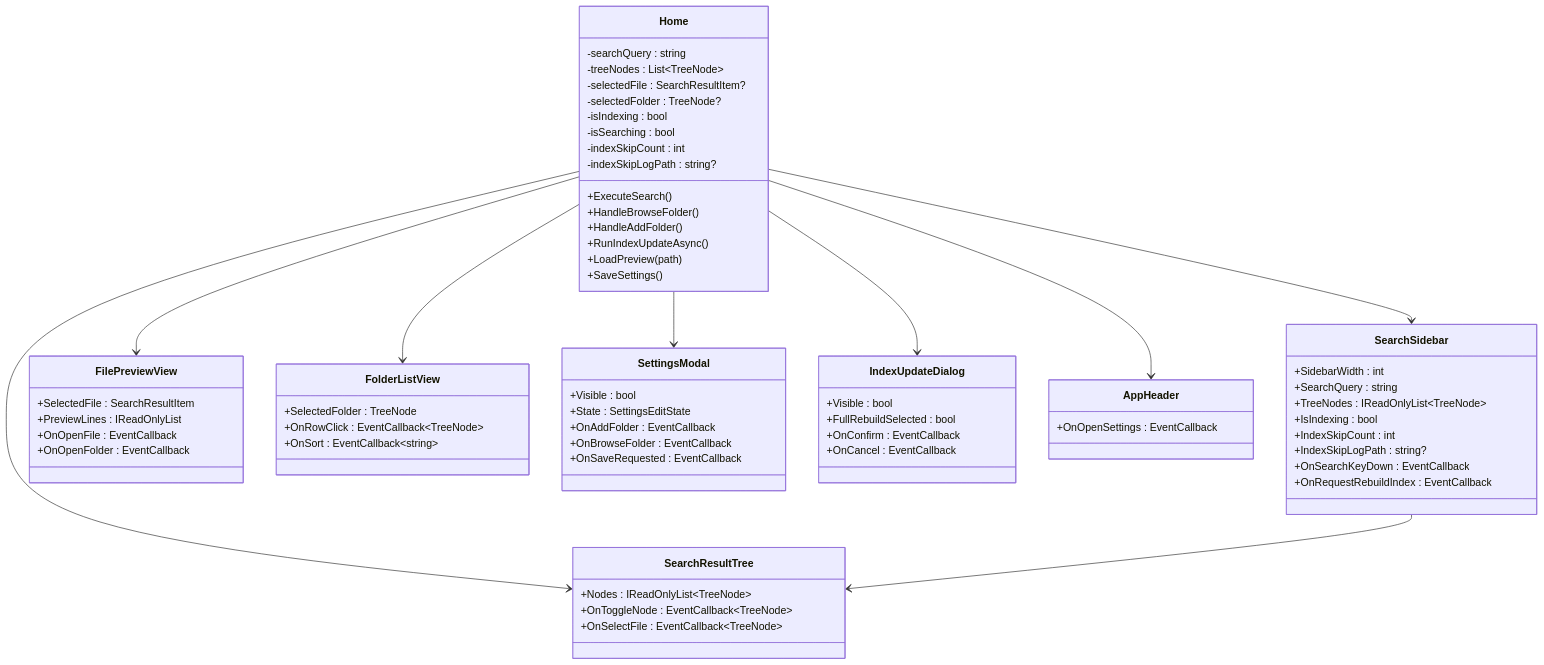
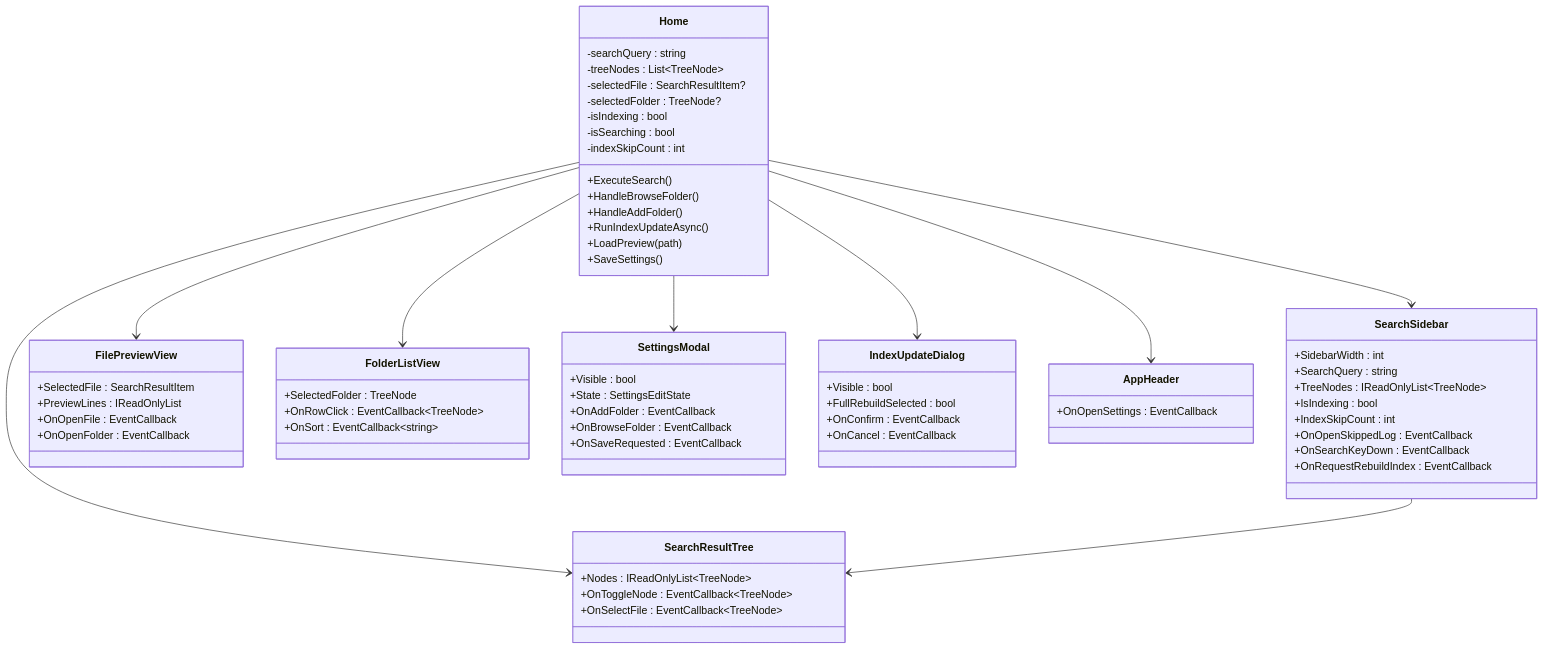
The fifth of 15 diagrams in docs/UML図.md (zndmonya-dot/FileSearchApp-), drawn with Mermaid before and after one commit. The commit also changed other lines of this file and 64 other files, not shown here.

````diff
--- a/docs/UML図.md
+++ b/docs/UML図.md
@@ -345,79 +342,78 @@
 ```mermaid
 classDiagram
     direction TB
 
     class Home {
         -searchQuery : string
         -treeNodes : List~TreeNode~
         -selectedFile : SearchResultItem?
         -selectedFolder : TreeNode?
         -isIndexing : bool
         -isSearching : bool
         -indexSkipCount : int
-        -indexSkipLogPath : string?
         +ExecuteSearch()
         +HandleBrowseFolder()
         +HandleAddFolder()
         +RunIndexUpdateAsync()
         +LoadPreview(path)
         +SaveSettings()
     }
 
     class SearchSidebar {
         +SidebarWidth : int
         +SearchQuery : string
         +TreeNodes : IReadOnlyList~TreeNode~
         +IsIndexing : bool
         +IndexSkipCount : int
-    +IndexSkipLogPath : string?
+        +OnOpenSkippedLog : EventCallback
         +OnSearchKeyDown : EventCallback
         +OnRequestRebuildIndex : EventCallback
     }
 
     class SearchResultTree {
         +Nodes : IReadOnlyList~TreeNode~
         +OnToggleNode : EventCallback~TreeNode~
         +OnSelectFile : EventCallback~TreeNode~
     }
 
     class FilePreviewView {
         +SelectedFile : SearchResultItem
         +PreviewLines : IReadOnlyList
         +OnOpenFile : EventCallback
         +OnOpenFolder : EventCallback
     }
 
     class FolderListView {
         +SelectedFolder : TreeNode
         +OnRowClick : EventCallback~TreeNode~
         +OnSort : EventCallback~string~
     }
 
     class SettingsModal {
         +Visible : bool
         +State : SettingsEditState
         +OnAddFolder : EventCallback
         +OnBrowseFolder : EventCallback
         +OnSaveRequested : EventCallback
     }
 
     class IndexUpdateDialog {
         +Visible : bool
         +FullRebuildSelected : bool
         +OnConfirm : EventCallback
         +OnCancel : EventCallback
     }
 
     class AppHeader {
         +OnOpenSettings : EventCallback
     }
 
     Home --> SearchSidebar
     Home --> SearchResultTree
     Home --> FilePreviewView
     Home --> FolderListView
     Home --> SettingsModal
     Home --> IndexUpdateDialog
     Home --> AppHeader
     SearchSidebar --> SearchResultTree
 ```
````
